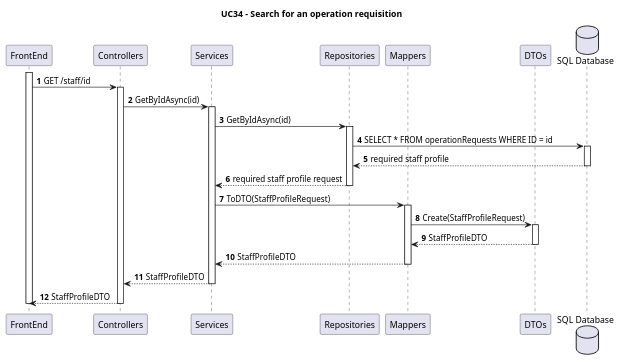
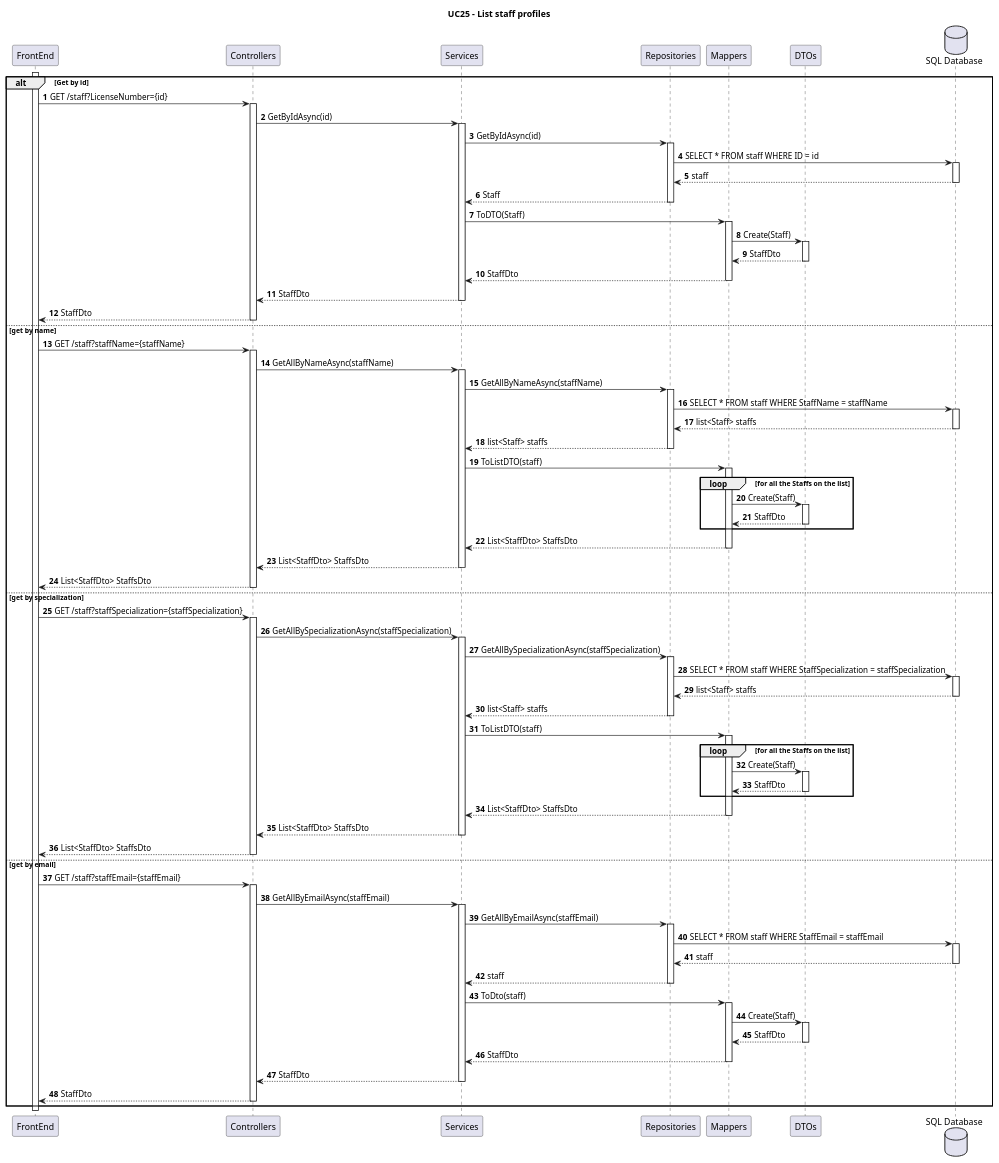
One commit to MiguelCardoso77/SurgicalSync-BackEnd changed the diagram in Wiki/SprintA/diagrams/use-cases/22-search-staff-profiles/level3/backend-process-view.puml. Above: the diagram before and after it, drawn with PlantUML. The commit also changed 8 other files, not shown here.

```diff
--- a/Wiki/SprintA/diagrams/use-cases/22-search-staff-profiles/level3/backend-process-view.puml
+++ b/Wiki/SprintA/diagrams/use-cases/22-search-staff-profiles/level3/backend-process-view.puml
@@ -1,7 +1,7 @@
 @startuml
 autonumber
 
-title "UC34 - Search for an operation requisition"
+Title "UC25 - List staff profiles"
 
 participant "FrontEnd" as FE
 participant "Controllers" as C
@@ -11,9 +11,9 @@
 participant "DTOs" as DTO
 database "SQL Database" as SQL
 
+alt Get by id
 activate FE
-
-FE -> C : GET /staff/id
+FE -> C : GET /staff?LicenseNumber={id}
 
 activate C
 
@@ -25,41 +25,204 @@
     
     activate R
     
-    R -> SQL : SELECT * FROM operationRequests WHERE ID = id
+    R -> SQL : SELECT * FROM staff WHERE ID = id
     
     activate SQL
     
-    SQL --> R : required staff profile
+    SQL --> R : staff
     
     deactivate SQL 
     
-    R --> S : required staff profile request
+    R --> S : Staff
     
     deactivate R
     
-    S -> M : ToDTO(StaffProfileRequest)
+    S -> M : ToDTO(Staff)
     
     activate M
     
-    M -> DTO : Create(StaffProfileRequest)
+    M -> DTO : Create(Staff)
     
     activate DTO
     
-    DTO --> M : StaffProfileDTO
+    DTO --> M : StaffDto
     
     deactivate DTO 
     
-    M --> S : StaffProfileDTO
+    M --> S : StaffDto
     
     deactivate M
     
-    S --> C : StaffProfileDTO
+    S --> C : StaffDto
     
     deactivate S
     
-    C --> FE : StaffProfileDTO
+    C --> FE : StaffDto
     
 deactivate C
+
+else get by name
+
+FE -> C : GET /staff?staffName={staffName}
+
+activate C
+
+    C -> S : GetAllByNameAsync(staffName)
+    
+    activate S
+    
+    S -> R : GetAllByNameAsync(staffName)
+    
+    activate R
+    
+    R -> SQL : SELECT * FROM staff WHERE StaffName = staffName
+    
+    activate SQL
+    
+    SQL --> R : list<Staff> staffs
+    
+    deactivate SQL 
+    
+    R --> S : list<Staff> staffs
+    
+    deactivate R
+    
+    S -> M : ToListDTO(staff)
+    
+    activate M
+    
+    loop for all the Staffs on the list
+    M -> DTO : Create(Staff)
+    
+    activate DTO
+    
+    DTO --> M : StaffDto
+    
+    deactivate DTO 
+    
+    
+    end
+    M --> S : List<StaffDto> StaffsDto
+    
+    deactivate M
+    
+    S --> C : List<StaffDto> StaffsDto
+    
+    deactivate S
+    
+    C --> FE : List<StaffDto> StaffsDto
+    
+deactivate C
+
+
+else  get by specialization
+     
+     FE -> C : GET /staff?staffSpecialization={staffSpecialization}
+     
+     activate C
+     
+         C -> S : GetAllBySpecializationAsync(staffSpecialization)
+         
+         activate S
+         
+         S -> R : GetAllBySpecializationAsync(staffSpecialization)
+         
+         activate R
+         
+         R -> SQL : SELECT * FROM staff WHERE StaffSpecialization = staffSpecialization
+         
+         activate SQL
+         
+         SQL --> R : list<Staff> staffs
+         
+         deactivate SQL 
+         
+         R --> S : list<Staff> staffs
+         
+         deactivate R
+         
+         S -> M : ToListDTO(staff)
+         
+         activate M
+         
+         loop for all the Staffs on the list
+         M -> DTO : Create(Staff)
+         
+         activate DTO
+         
+         DTO --> M : StaffDto
+         
+         deactivate DTO 
+            end
+             M --> S : List<StaffDto> StaffsDto
+             
+             deactivate M
+             
+             S --> C : List<StaffDto> StaffsDto
+             
+             deactivate S
+             
+             C --> FE : List<StaffDto> StaffsDto
+             
+         deactivate C
+         
+
+        
+        
+else  get by email
+     
+     FE -> C : GET /staff?staffEmail={staffEmail}
+     
+     activate C
+     
+         C -> S : GetAllByEmailAsync(staffEmail)
+         
+         activate S
+         
+         S -> R : GetAllByEmailAsync(staffEmail)
+         
+         activate R
+         
+         R -> SQL : SELECT * FROM staff WHERE StaffEmail = staffEmail
+         
+         activate SQL
+         
+         SQL --> R :  staff
+         
+         deactivate SQL 
+         
+         R --> S : staff
+         
+         deactivate R
+         
+         S -> M : ToDto(staff)
+         
+         activate M
+         
+       
+         M -> DTO : Create(Staff)
+         
+         activate DTO
+         
+         DTO --> M : StaffDto
+         
+         deactivate DTO 
+             M --> S : StaffDto
+             
+             deactivate M
+             
+             S --> C : StaffDto
+             
+             deactivate S
+             
+             C --> FE : StaffDto
+             
+         deactivate C
+         
+
+         
+end
+
 
 deactivate FE 
 
```
